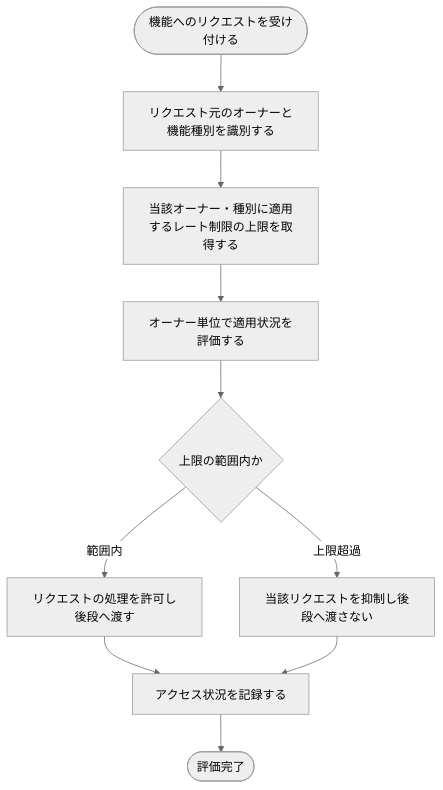
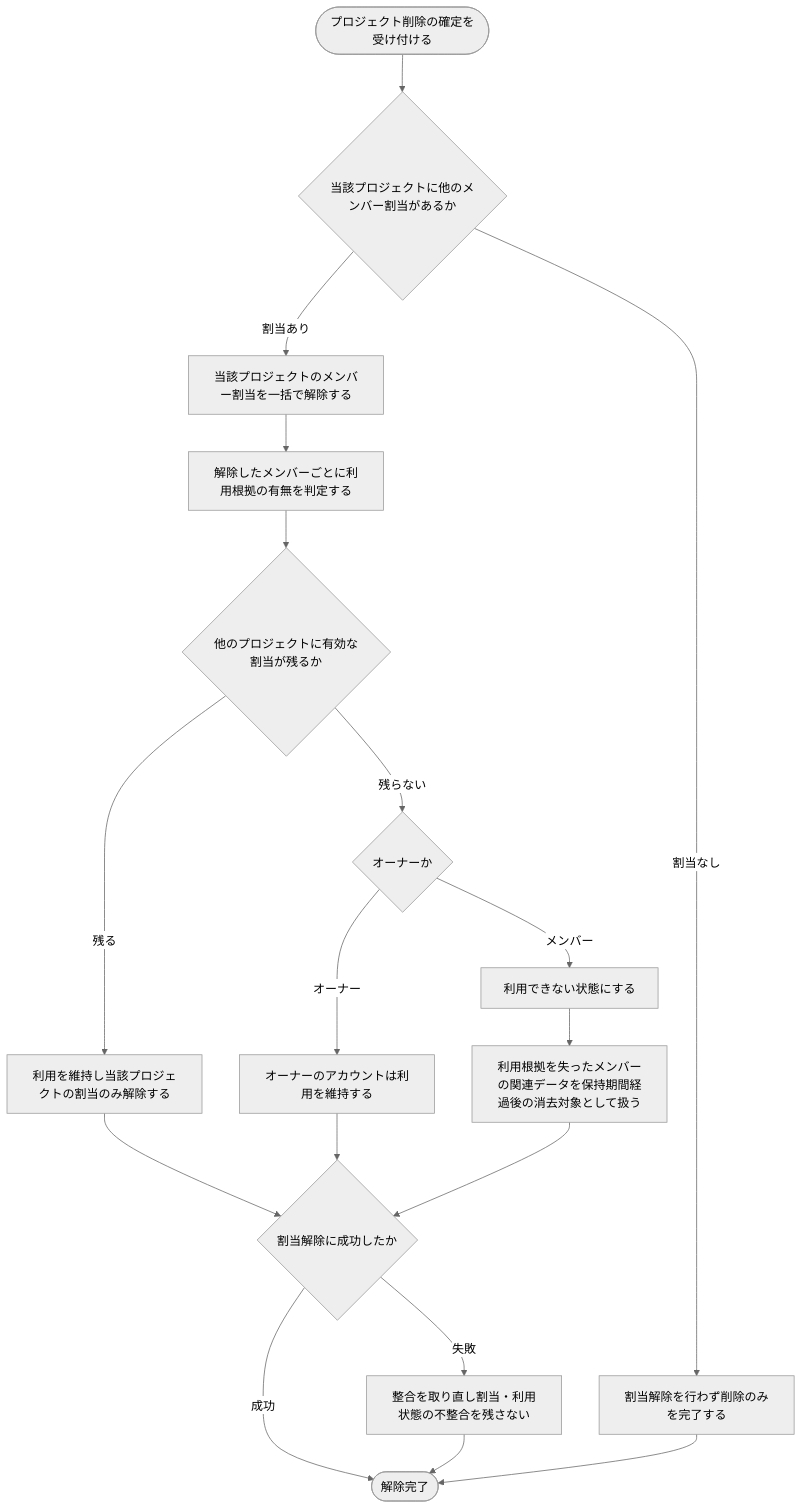
The diagram in 02_basic_design/02_backend/01_system/SYS-010.md (sikakou54/open-faq), drawn with Mermaid (neutral theme) before and after one commit. The commit also changed other lines of this file and 395 other files, not shown here.

````diff
--- a/02_basic_design/02_backend/01_system/SYS-010.md
+++ b/02_basic_design/02_backend/01_system/SYS-010.md
@@ -29,12 +30,20 @@
 ```mermaid
 flowchart TB
-  A([機能へのリクエストを受け付ける]) --> B[リクエスト元のオーナーと機能種別を識別する]
-  B --> C[当該オーナー・種別に適用するレート制限の上限を取得する]
-  C --> D[オーナー単位で適用状況を評価する]
-  D --> E{上限の範囲内か}
-  E -->|範囲内| F[リクエストの処理を許可し後段へ渡す]
-  E -->|上限超過| G[当該リクエストを抑制し後段へ渡さない]
-  F --> H[アクセス状況を記録する]
-  G --> H
-  H --> Z([評価完了])
+  A([プロジェクト削除の確定を受け付ける]) --> B{当該プロジェクトに他のメンバー割当があるか}
+  B -->|割当なし| Y[割当解除を行わず削除のみを完了する]
+  B -->|割当あり| C[当該プロジェクトのメンバー割当を一括で解除する]
+  C --> D[解除したメンバーごとに利用根拠の有無を判定する]
+  D --> E{他のプロジェクトに有効な割当が残るか}
+  E -->|残る| F[利用を維持し当該プロジェクトの割当のみ解除する]
+  E -->|残らない| G{オーナーか}
+  G -->|オーナー| H[オーナーのアカウントは利用を維持する]
+  G -->|メンバー| I[利用できない状態にする]
+  I --> J[利用根拠を失ったメンバーの関連データを保持期間経過後の消去対象として扱う]
+  F --> K{割当解除に成功したか}
+  H --> K
+  J --> K
+  K -->|成功| Z([解除完了])
+  K -->|失敗| L[整合を取り直し割当・利用状態の不整合を残さない]
+  L --> Z
+  Y --> Z
 ```
````
